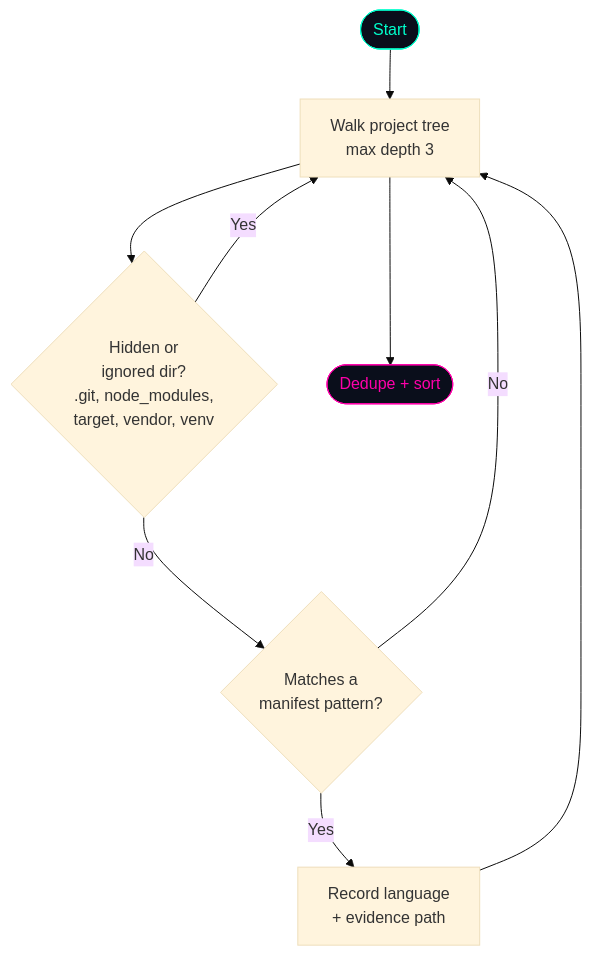
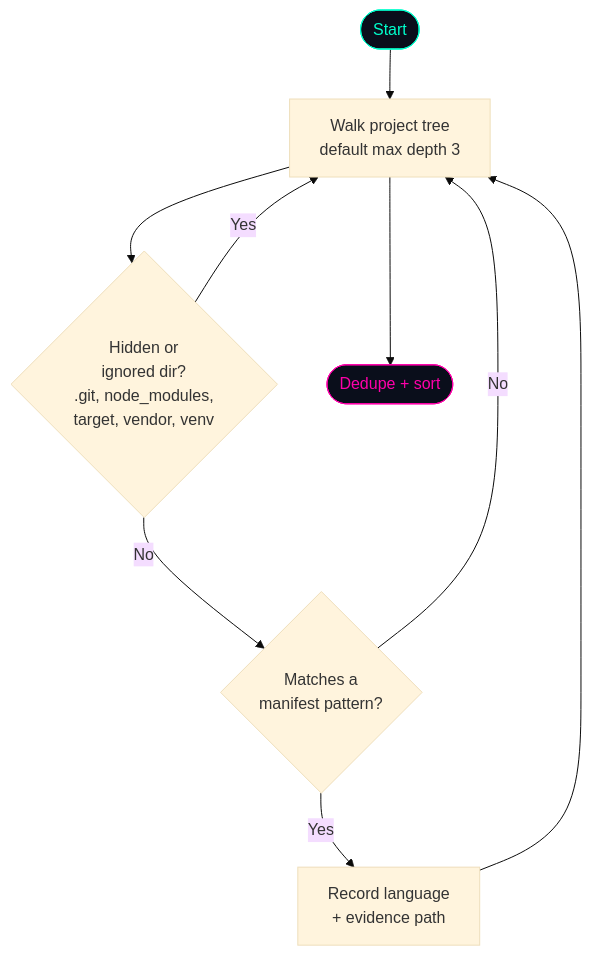
The second of 4 diagrams in README.md (GlitterKill/scip-io), drawn with Mermaid (base theme) before and after one commit. The commit also changed other lines of this file and 33 other files, not shown here.

````diff
--- a/README.md
+++ b/README.md
@@ -101,14 +101,14 @@
 ```mermaid
 flowchart TD
-    Start([Start]) --> Walk[Walk project tree<br/>max depth 3]
+    Start([Start]) --> Walk[Walk project tree<br/>default max depth 3]
     Walk --> Skip{Hidden or<br/>ignored dir?<br/>.git, node_modules,<br/>target, vendor, venv}
     Skip -- Yes --> Walk
     Skip -- No --> Match{Matches a<br/>manifest pattern?}
     Match -- No --> Walk
     Match -- Yes --> Record[Record language<br/>+ evidence path]
     Record --> Walk
     Walk --> Done([Dedupe + sort])
 
     style Start fill:#0a0e1b,stroke:#00ffcc,color:#00ffcc
     style Done fill:#0a0e1b,stroke:#ff00aa,color:#ff00aa
 ```
````
